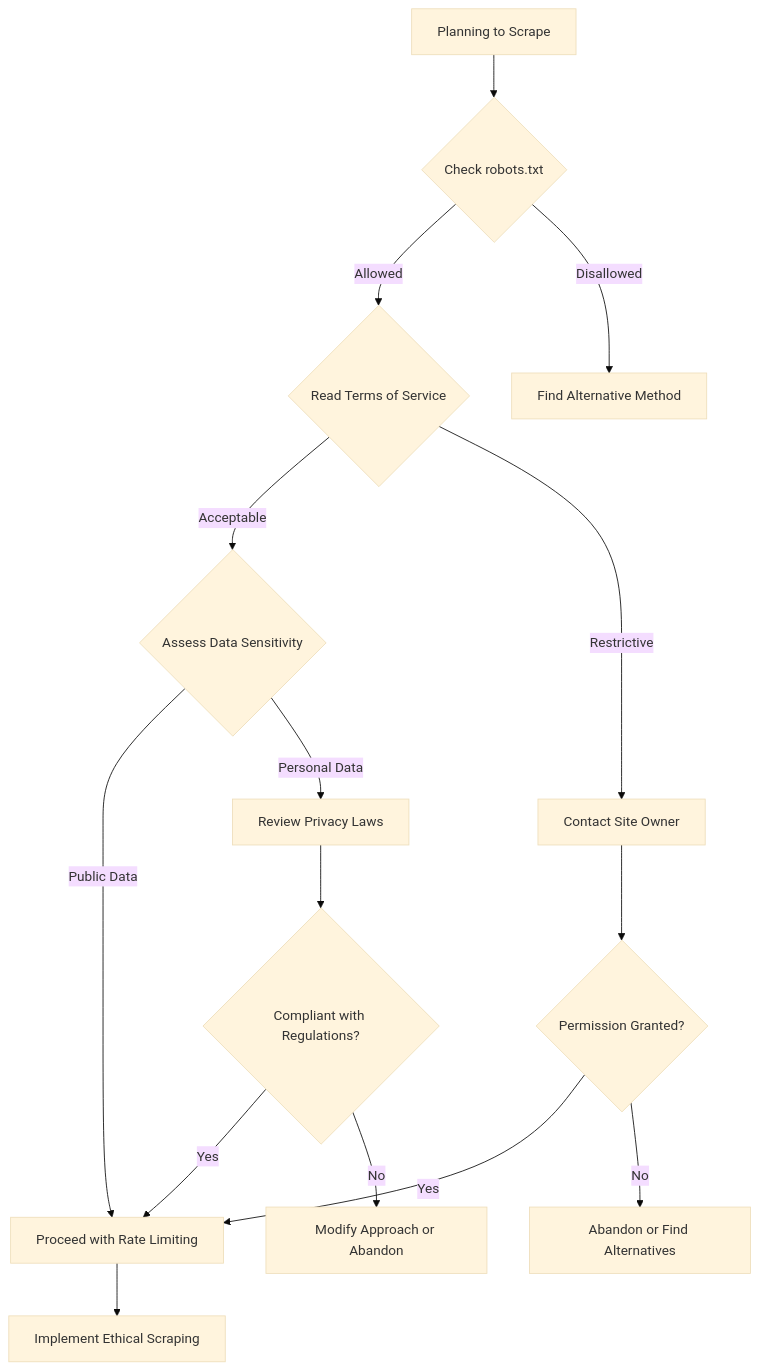
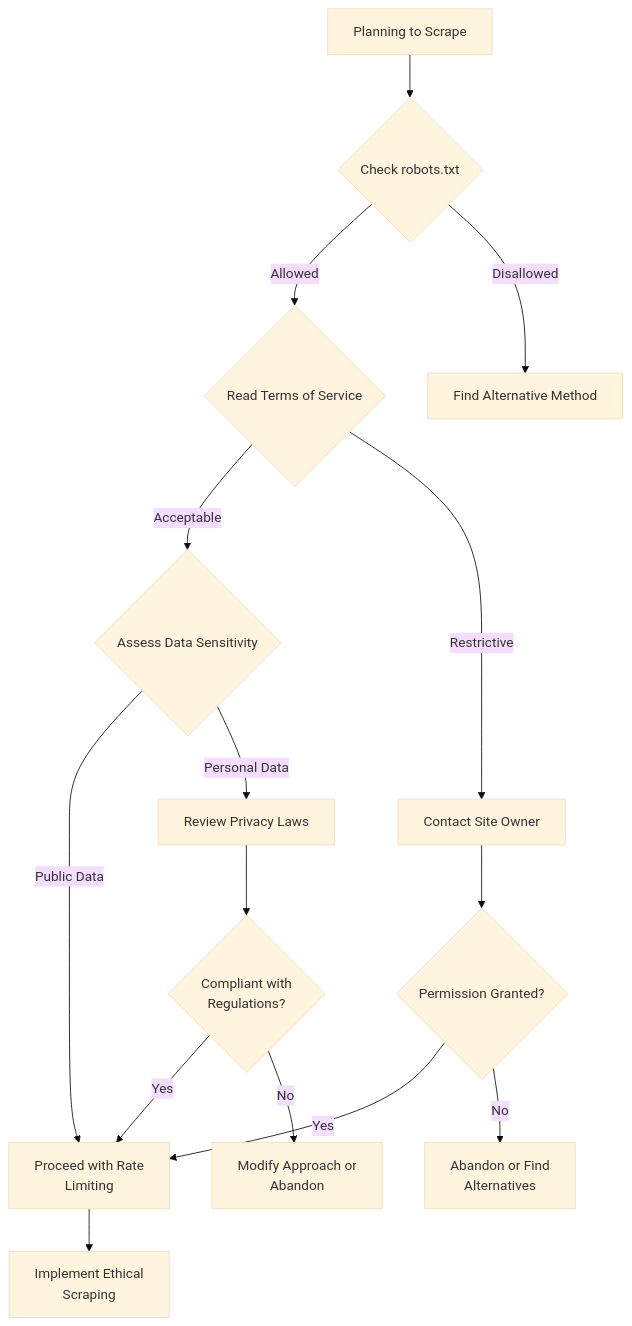
Before and after one commit to bytetunnels/bytetunnels.github.com: the first of 2 diagrams in _posts/2025-05-18-before-you-scrape-essential-questions.md, drawn with Mermaid (base theme). The commit also changed other lines of this file and 118 other files, not shown here.

Commit message:
feat: improve diagram styling and compact wide flowcharts

````diff
--- a/_posts/2025-05-18-before-you-scrape-essential-questions.md
+++ b/_posts/2025-05-18-before-you-scrape-essential-questions.md
@@ -115,17 +115,17 @@
 ```mermaid
 flowchart TD
     A[Planning to Scrape] --> B{Check robots.txt}
     B -->|Allowed| C{Read Terms of Service}
     B -->|Disallowed| D[Find Alternative Method]
     C -->|Acceptable| E{Assess Data Sensitivity}
     C -->|Restrictive| F[Contact Site Owner]
-    E -->|Public Data| G[Proceed with Rate Limiting]
+    E -->|Public Data| G["Proceed with Rate<br/>Limiting"]
     E -->|Personal Data| H[Review Privacy Laws]
     F --> I{Permission Granted?}
     I -->|Yes| G
-    I -->|No| J[Abandon or Find Alternatives]
-    H --> K{Compliant with Regulations?}
+    I -->|No| J["Abandon or Find<br/>Alternatives"]
+    H --> K{"Compliant with<br/>Regulations?"}
     K -->|Yes| G
-    K -->|No| L[Modify Approach or Abandon]
-    G --> M[Implement Ethical Scraping]
+    K -->|No| L["Modify Approach or<br/>Abandon"]
+    G --> M["Implement Ethical<br/>Scraping"]
 ```
````
